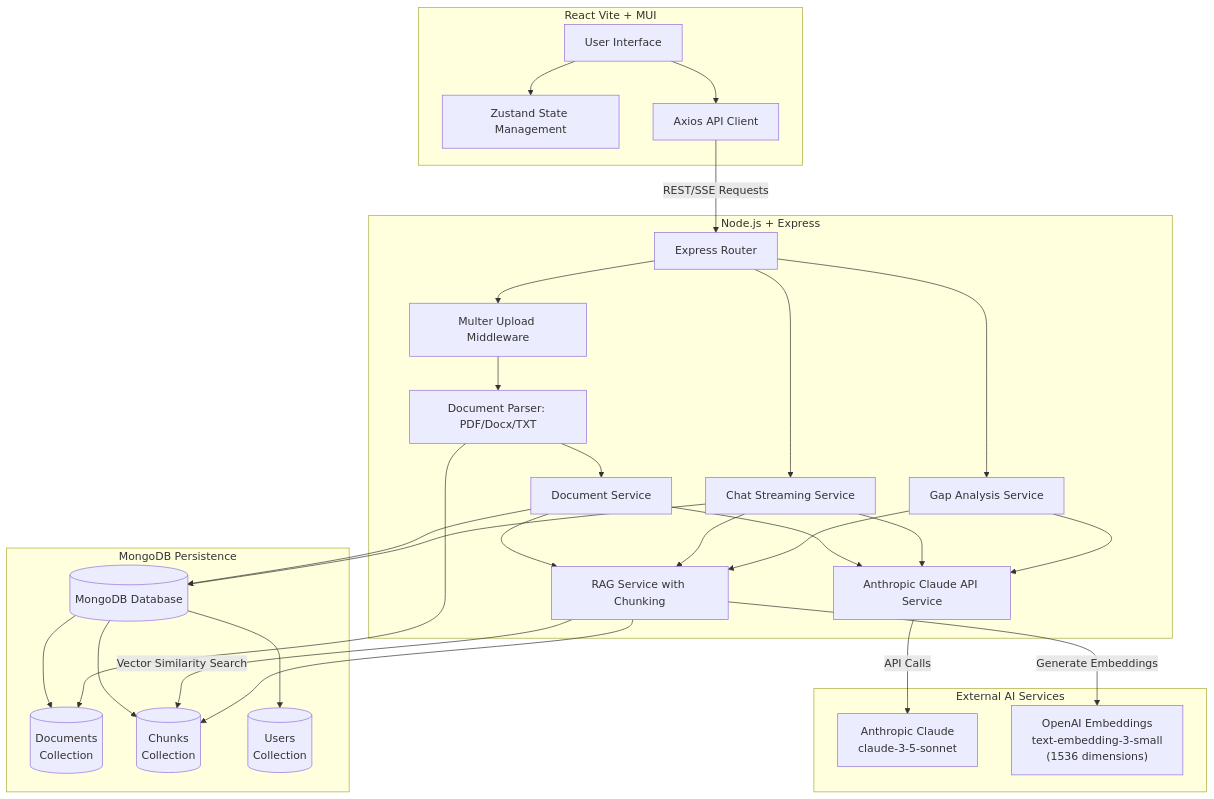
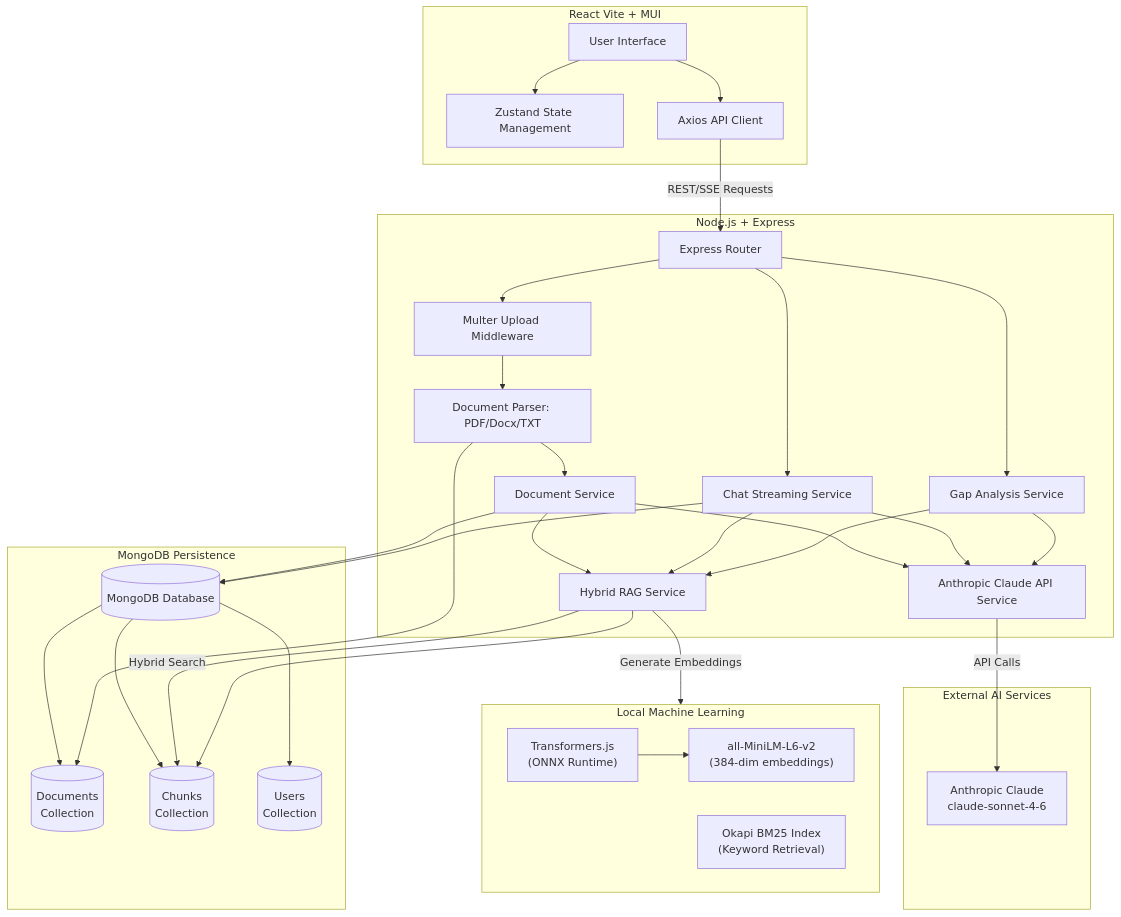
Before and after one commit to Jaytru1997/compliance-analyzer: the diagram in guides/architecture.md, drawn with Mermaid. The commit also changed other lines of this file and 36 other files, not shown here.

````diff
--- a/guides/architecture.md
+++ b/guides/architecture.md
@@ -7,57 +7,64 @@
 ```mermaid
 graph TD
     subgraph Frontend [React Vite + MUI]
         UI[User Interface]
         State[Zustand State Management]
         API_Client[Axios API Client]
         UI --> State
         UI --> API_Client
     end
 
     subgraph Backend [Node.js + Express]
         Router[Express Router]
         Upload[Multer Upload Middleware]
         Parser[Document Parser: PDF/Docx/TXT]
         DocService[Document Service]
-        RAG[RAG Service with Chunking]
+        RAG[Hybrid RAG Service]
         AI_Service[Anthropic Claude API Service]
         GapAnalysis[Gap Analysis Service]
         ChatStream[Chat Streaming Service]
         
         Router --> Upload
         Upload --> Parser
         Parser --> DocService
         DocService --> RAG
         DocService --> AI_Service
         Router --> ChatStream
         ChatStream --> RAG
         ChatStream --> AI_Service
         Router --> GapAnalysis
         GapAnalysis --> AI_Service
         GapAnalysis --> RAG
     end
 
     subgraph External_Services [External AI Services]
-        Claude["Anthropic Claude<br/>claude-3-5-sonnet"]
-        OpenAI["OpenAI Embeddings<br/>text-embedding-3-small<br/>(1536 dimensions)"]
+        Claude["Anthropic Claude<br/>claude-sonnet-4-6"]
+    end
+    
+    subgraph Local_ML [Local Machine Learning]
+        TransformersJS["Transformers.js<br/>(ONNX Runtime)"]
+        MiniLM["all-MiniLM-L6-v2<br/>(384-dim embeddings)"]
+        BM25["Okapi BM25 Index<br/>(Keyword Retrieval)"]
+        
+        TransformersJS --> MiniLM
     end
 
     subgraph Storage [MongoDB Persistence]
         MongoDB[(MongoDB Database)]
         Documents[(Documents<br/>Collection)]
         Chunks[(Chunks<br/>Collection)]
         Users[(Users<br/>Collection)]
         MongoDB --> Documents
         MongoDB --> Chunks
         MongoDB --> Users
     end
 
     API_Client -->|REST/SSE Requests| Router
-    RAG -->|Generate Embeddings| OpenAI
-    RAG -->|Vector Similarity Search| Chunks
+    RAG -->|Generate Embeddings| Local_ML
+    RAG -->|Hybrid Search| Chunks
     AI_Service -->|API Calls| Claude
     Parser --> Documents
     RAG --> Chunks
     DocService --> MongoDB
     ChatStream --> MongoDB
 ```
````
